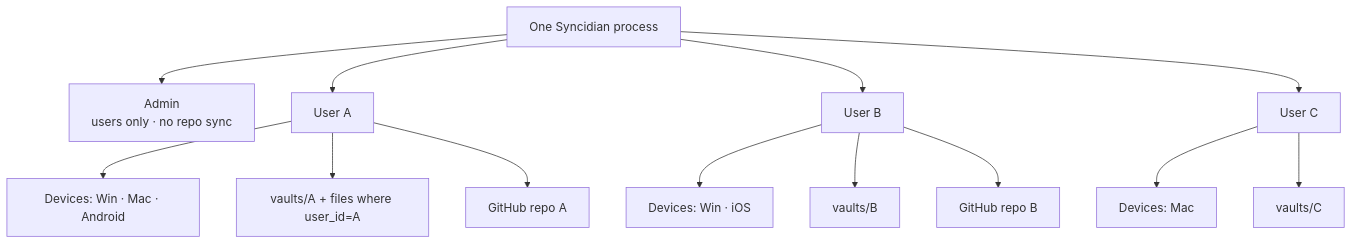
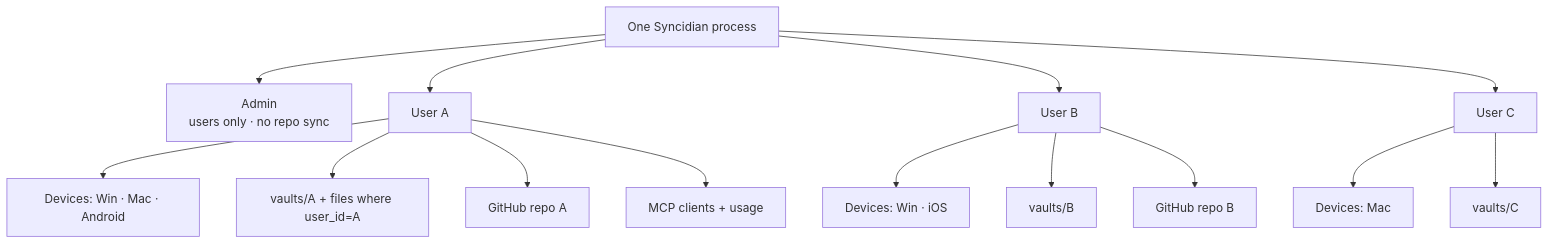
Before and after one commit to shangeethsivan/Syncidian: diagram 12 of 13 in docs/architecture.md, drawn with Mermaid. The commit also changed other lines of this file and 23 other files, not shown here.

First line of the commit message:
Keep MCP notes on GitHub, not the server, and show usage on the dashboard.

````diff
--- a/docs/architecture.md
+++ b/docs/architecture.md
@@ -470,18 +482,19 @@
 ```mermaid
 flowchart TB
   S["One Syncidian process"] --> Admin["Admin<br/>users only · no repo sync"]
   S --> A["User A"]
   S --> B["User B"]
   S --> C["User C"]
 
   A --> AD["Devices: Win · Mac · Android"]
   A --> AV["vaults/A + files where user_id=A"]
   A --> AG["GitHub repo A"]
+  A --> AM["MCP clients + usage"]
 
   B --> BD["Devices: Win · iOS"]
   B --> BV["vaults/B"]
   B --> BG["GitHub repo B"]
 
   C --> CD["Devices: Mac"]
   C --> CV["vaults/C"]
 ```
````
